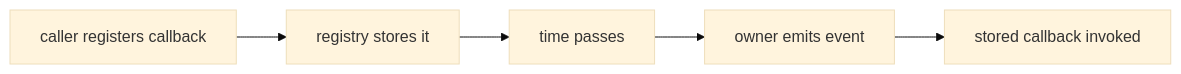
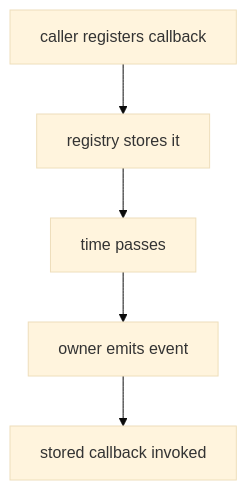
Before and after one commit to lukechen526/pi: the fourth of 6 diagrams in developer-guide/17-typescript-foundations-workbook.qmd, drawn with Mermaid (base theme). The commit also changed other lines of this file and 5 other files, not shown here.

First line of the commit message:
docs: fix clipped diagrams, truncated code lines, and overlapping table columns in developer guide PDF

````diff
--- a/developer-guide/17-typescript-foundations-workbook.qmd
+++ b/developer-guide/17-typescript-foundations-workbook.qmd
@@ -2302,9 +2302,9 @@
 ```{mermaid}
 %%| label: fig-callback-timeline
 %%| fig-cap: "Registration stores the callback; the owner invokes it later."
-flowchart LR
+flowchart TD
   A["caller registers callback"] --> B["registry stores it"]
   B --> C["time passes"]
   C --> D["owner emits event"]
   D --> E["stored callback invoked"]
 ```
````
